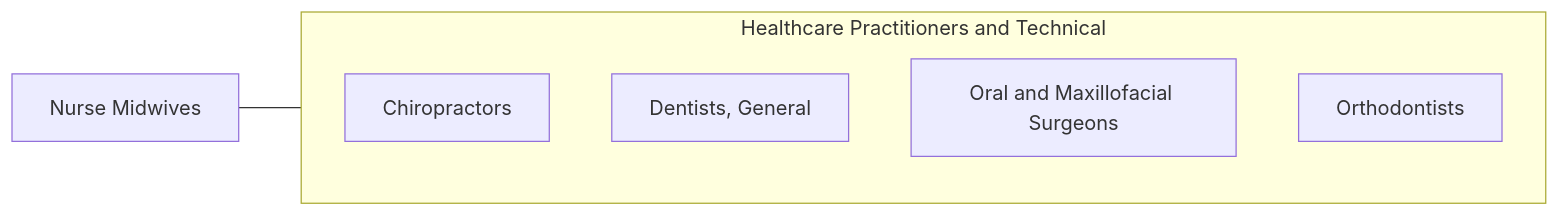
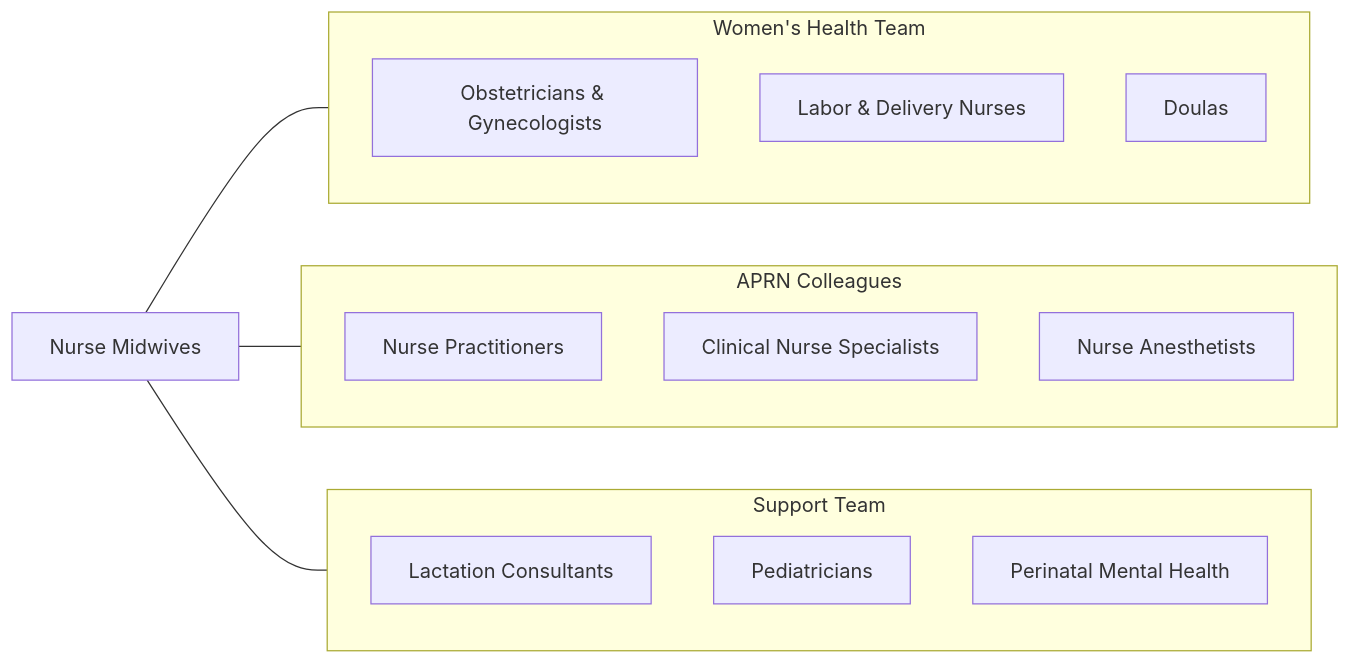
Before and after one commit to kziemski/business.org.ai: the fourth of 4 diagrams in occupations/HealthcarePractitioners/NurseMidwives.mdx, drawn with Mermaid. The commit also changed other lines of this file and 938 other files, not shown here.

````diff
--- a/occupations/HealthcarePractitioners/NurseMidwives.mdx
+++ b/occupations/HealthcarePractitioners/NurseMidwives.mdx
@@ -112,13 +217,26 @@
 ```mermaid
 graph LR
     Current["Nurse Midwives"]
 
-    subgraph SameCategory["Healthcare Practitioners and Technical"]
-        Chiropractors["Chiropractors"]
-        DentistsGeneral["Dentists, General"]
-        OralAndMaxillofacial["Oral and Maxillofacial Surgeons"]
-        Orthodontists["Orthodontists"]
+    subgraph WomensHealth["Women's Health Team"]
+        OBGyn["Obstetricians & Gynecologists"]
+        LDNurses["Labor & Delivery Nurses"]
+        Doulas["Doulas"]
     end
 
-    Current --- SameCategory
+    subgraph APRNPeers["APRN Colleagues"]
+        NP["Nurse Practitioners"]
+        CNS["Clinical Nurse Specialists"]
+        CRNA["Nurse Anesthetists"]
+    end
+
+    subgraph Support["Support Team"]
+        Lactation["Lactation Consultants"]
+        Pediatricians["Pediatricians"]
+        MaternalMH["Perinatal Mental Health"]
+    end
+
+    Current --- WomensHealth
+    Current --- APRNPeers
+    Current --- Support
 ```
````
